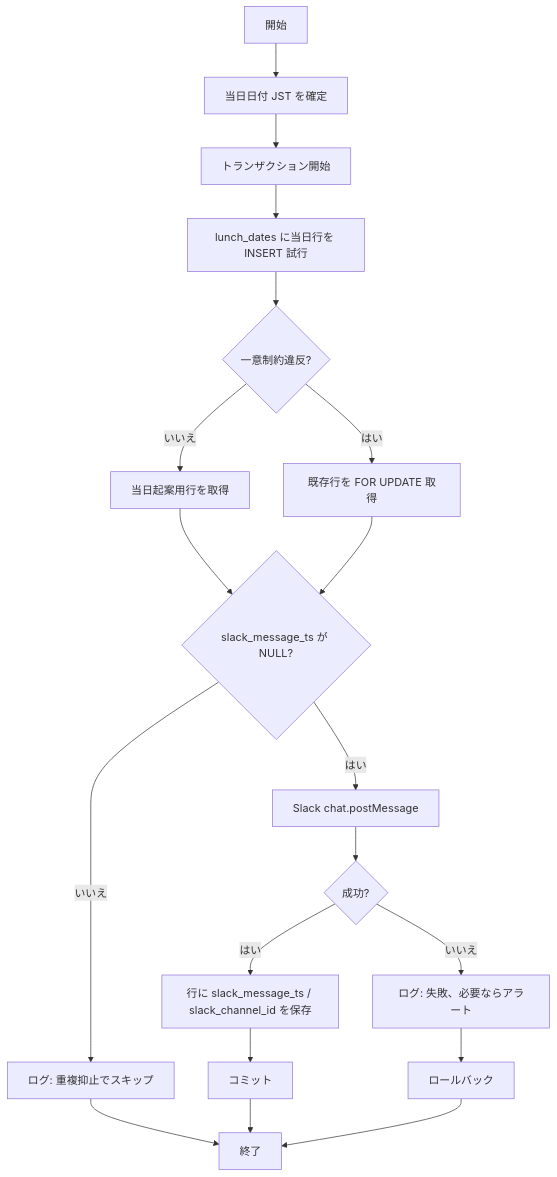
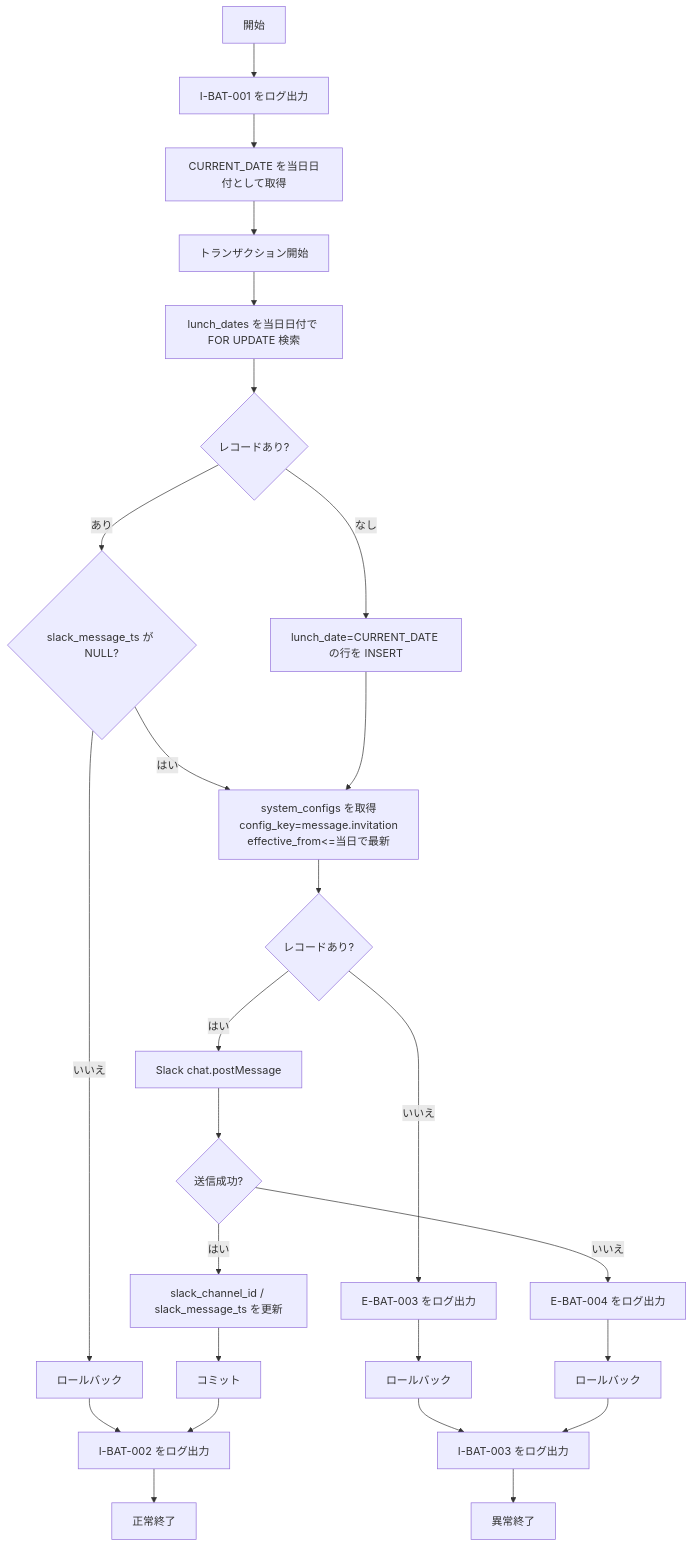
One commit to ml-kimura/luncher changed the diagram in docs/specs/docs/ja/1.0.0/batch/design/bat-001.md. Above: the diagram before and after it, drawn with Mermaid. The commit also changed other lines of this file and 2 other files, not shown here.

First line of the commit message:
docs(batch): update US-001 BAT-001 design references (#83)

````diff
--- a/docs/specs/docs/ja/1.0.0/batch/design/bat-001.md
+++ b/docs/specs/docs/ja/1.0.0/batch/design/bat-001.md
@@ -50,21 +51,28 @@
 ```mermaid
 flowchart TD
-  Start[開始] --> Date[当日日付 JST を確定]
-  Date --> Tx[トランザクション開始]
-  Tx --> Ins[lunch_dates に当日行を INSERT 試行]
-  Ins --> Dup{一意制約違反?}
-  Dup -->|いいえ| Row[当日起案用行を取得]
-  Dup -->|はい| Lock[既存行を FOR UPDATE 取得]
-  Row --> Check{slack_message_ts が NULL?}
-  Lock --> Check
-  Check -->|いいえ| Skip[ログ: 重複抑止でスキップ]
-  Check -->|はい| Post[Slack chat.postMessage]
-  Post --> Ok{成功?}
-  Ok -->|はい| Upd[行に slack_message_ts / slack_channel_id を保存]
-  Ok -->|いいえ| Fail[ログ: 失敗、必要ならアラート]
+  Start[開始] --> Info[I-BAT-001 をログ出力]
+  Info --> CurDate[CURRENT_DATE を当日日付として取得]
+  CurDate --> Tx[トランザクション開始]
+  Tx --> Lock[lunch_dates を当日日付で FOR UPDATE 検索]
+  Lock --> Exists{レコードあり?}
+  Exists -->|あり| Posted{slack_message_ts が NULL?}
+  Exists -->|なし| Insert[lunch_date=CURRENT_DATE の行を INSERT]
+  Posted -->|いいえ| RollDup[ロールバック]
+  RollDup --> NormEnd[I-BAT-002 をログ出力]
+  Posted -->|はい| Cfg[system_configs を取得<br/>config_key=message.invitation<br/>effective_from<=当日で最新]
+  Insert --> Cfg
+  Cfg --> OkCfg{レコードあり?}
+  OkCfg -->|いいえ| ErrTpl[E-BAT-003 をログ出力]
+  ErrTpl --> RollTpl[ロールバック]
+  RollTpl --> AbEnd[I-BAT-003 をログ出力]
+  OkCfg -->|はい| Slack[Slack chat.postMessage]
+  Slack --> OkSlack{送信成功?}
+  OkSlack -->|いいえ| ErrSlack[E-BAT-004 をログ出力]
+  ErrSlack --> RollSlack[ロールバック]
+  RollSlack --> AbEnd
+  OkSlack -->|はい| Upd[slack_channel_id / slack_message_ts を更新]
   Upd --> Commit[コミット]
-  Skip --> End[終了]
-  Commit --> End
-  Fail --> Roll[ロールバック]
-  Roll --> End
+  Commit --> NormEnd
+  NormEnd --> Done[正常終了]
+  AbEnd --> Fail[異常終了]
 ```
````
